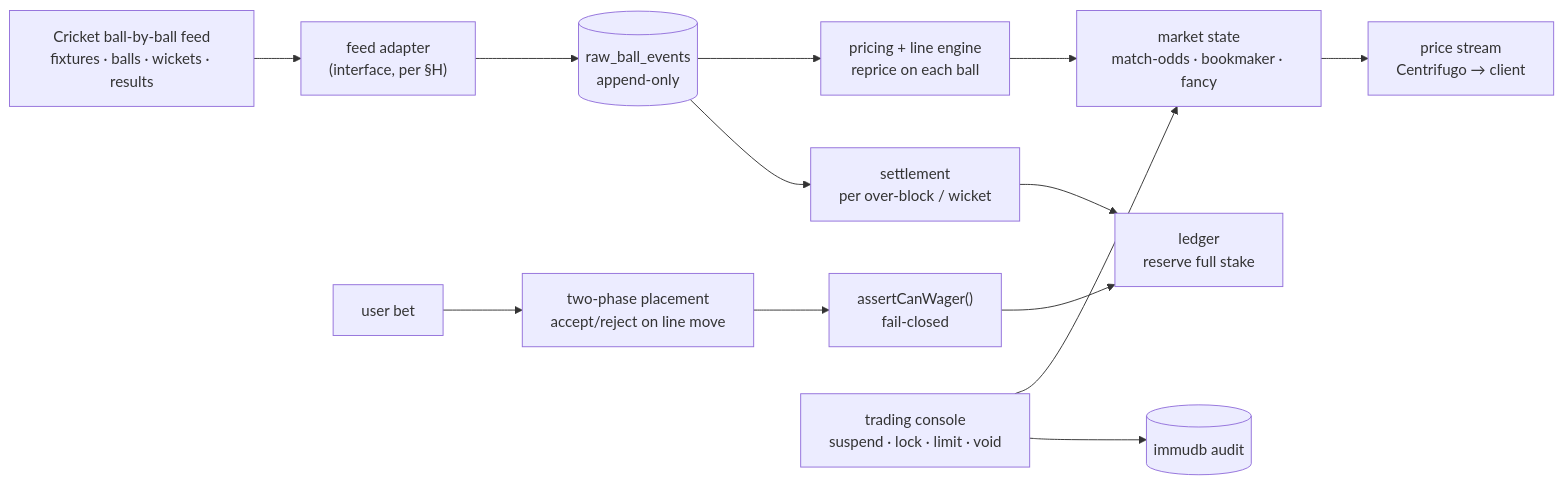
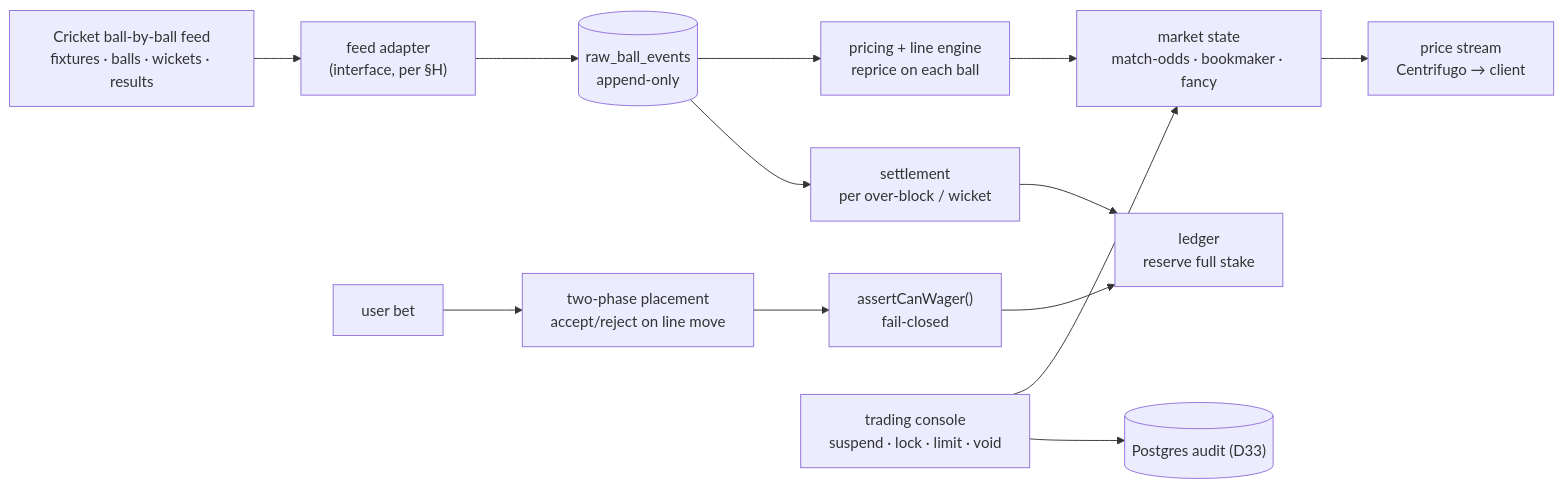
Before and after one commit to nikhilSingh1910/casino-royale: the diagram in docs/CRICKET-MVP.md, drawn with Mermaid. The commit also changed other lines of this file and 7 other files, not shown here.

````diff
--- a/docs/CRICKET-MVP.md
+++ b/docs/CRICKET-MVP.md
@@ -80,15 +80,15 @@
 ```mermaid
 flowchart LR
     FEED["Cricket ball-by-ball feed<br/>fixtures · balls · wickets · results"] --> ING["feed adapter<br/>(interface, per §H)"]
     ING --> RAW[("raw_ball_events<br/>append-only")]
     RAW --> PRICE["pricing + line engine<br/>reprice on each ball"]
     PRICE --> MKT["market state<br/>match-odds · bookmaker · fancy"]
     MKT --> STREAM["price stream<br/>Centrifugo → client"]
     USER["user bet"] --> PLACE["two-phase placement<br/>accept/reject on line move"]
     PLACE --> GATE["assertCanWager()<br/>fail-closed"]
     GATE --> LEDGER["ledger<br/>reserve full stake"]
     RAW --> SETTLE["settlement<br/>per over-block / wicket"]
     SETTLE --> LEDGER
     TRADER["trading console<br/>suspend · lock · limit · void"] --> MKT
-    TRADER --> IMMU[("immudb audit")]
+    TRADER --> AUDIT[("Postgres audit (D33)")]
 ```
````
